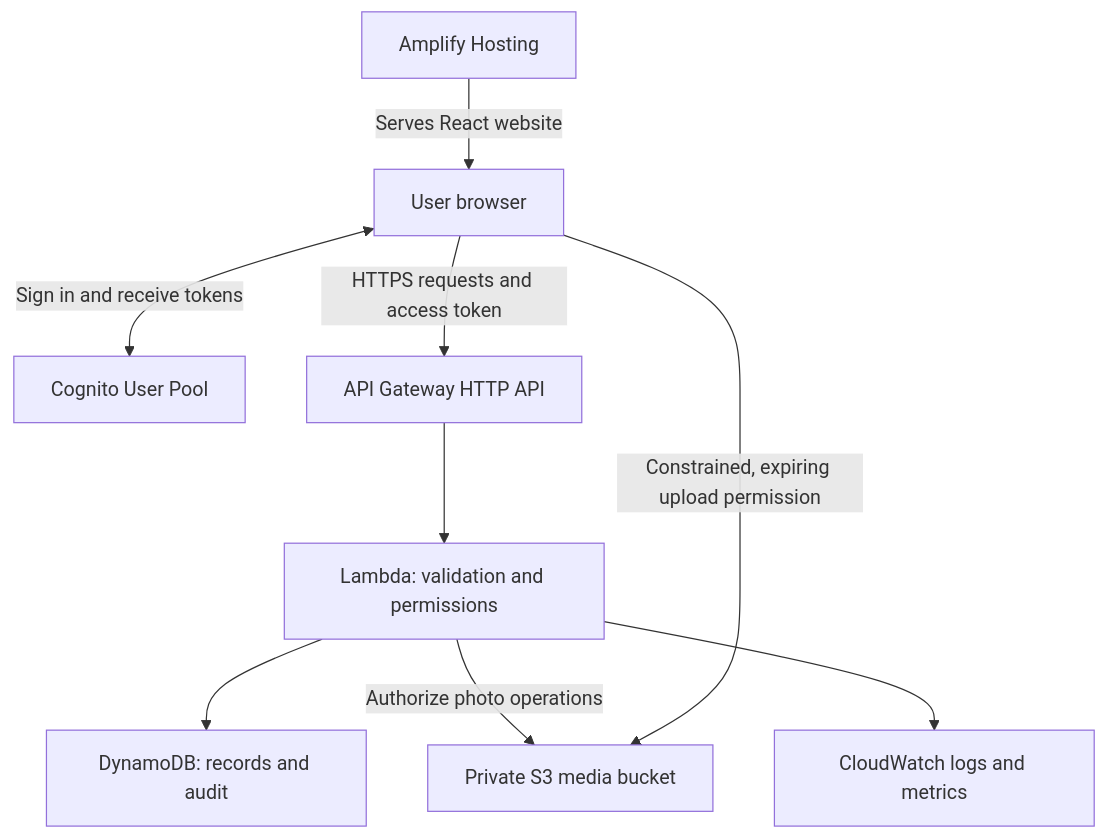
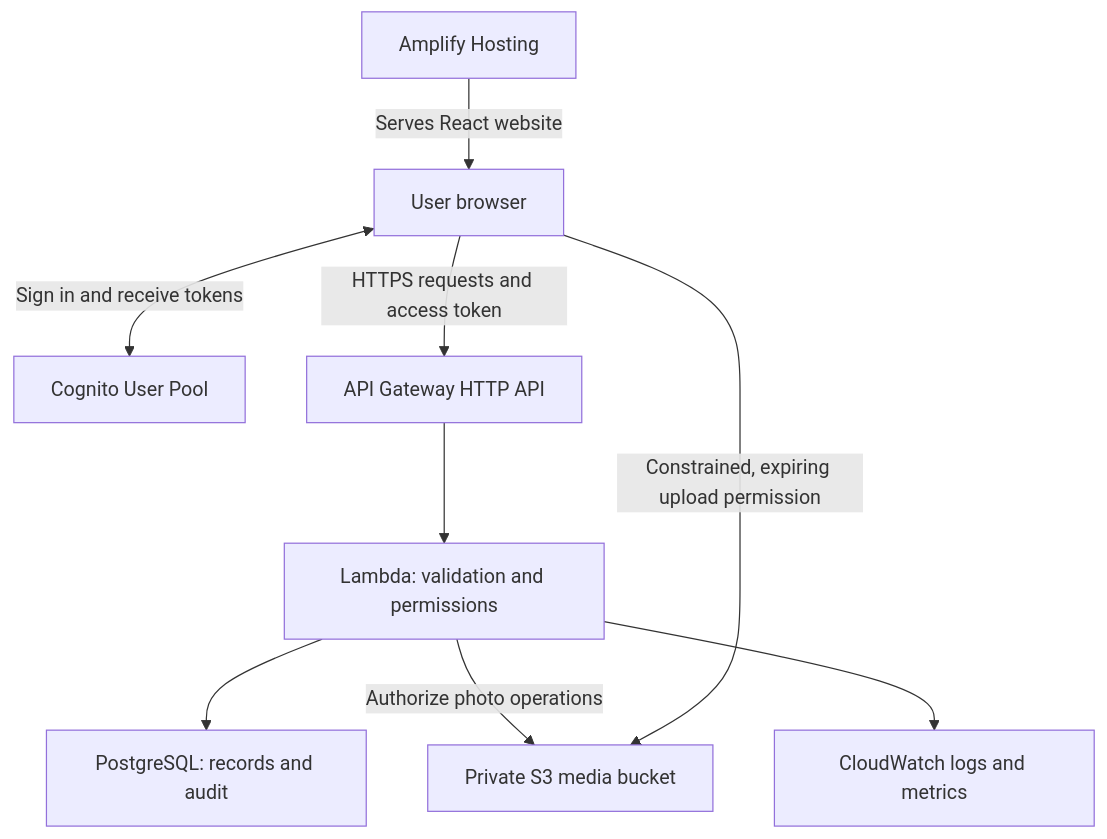
The diagram in docs/aws-services.md (IvanUrbano/trace), drawn with Mermaid before and after one commit. The commit also changed other lines of this file and 70 other files, not shown here.

````diff
--- a/docs/aws-services.md
+++ b/docs/aws-services.md
@@ -30,11 +30,11 @@
 ```mermaid
 flowchart TD
     Hosting[Amplify Hosting] -->|Serves React website| Browser[User browser]
     Browser <-->|Sign in and receive tokens| Cognito[Cognito User Pool]
     Browser -->|HTTPS requests and access token| API[API Gateway HTTP API]
     API --> Backend[Lambda: validation and permissions]
-    Backend --> DB[DynamoDB: records and audit]
+    Backend --> DB[PostgreSQL: records and audit]
     Backend -->|Authorize photo operations| Media[Private S3 media bucket]
     Browser -->|Constrained, expiring upload permission| Media
     Backend --> Logs[CloudWatch logs and metrics]
 ```
````
